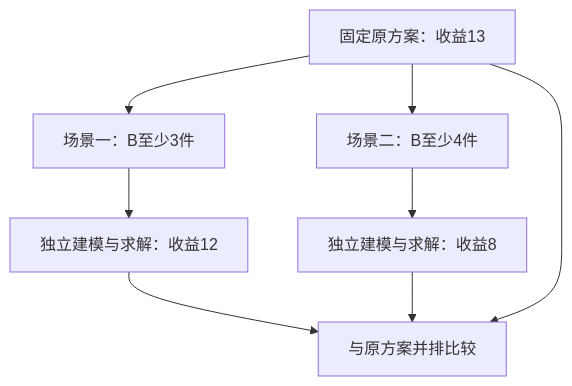
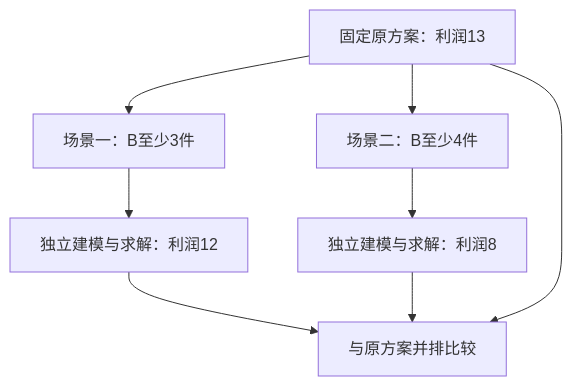
The diagram in website/content/zh/scenarios.md (Fangziyang0910/LLM4OM), drawn with Mermaid before and after one commit. The commit also changed other lines of this file and 231 other files, not shown here.

````diff
--- a/website/content/zh/scenarios.md
+++ b/website/content/zh/scenarios.md
@@ -16,10 +16,10 @@
 ```mermaid
 flowchart TB
-  Base["固定原方案：收益13"] --> First["场景一：B至少3件"]
+  Base["固定原方案：利润13"] --> First["场景一：B至少3件"]
   Base --> Second["场景二：B至少4件"]
-  First --> SolveOne["独立建模与求解：收益12"]
-  Second --> SolveTwo["独立建模与求解：收益8"]
+  First --> SolveOne["独立建模与求解：利润12"]
+  Second --> SolveTwo["独立建模与求解：利润8"]
   SolveOne --> Compare["与原方案并排比较"]
   SolveTwo --> Compare
   Base --> Compare
 ```
````
